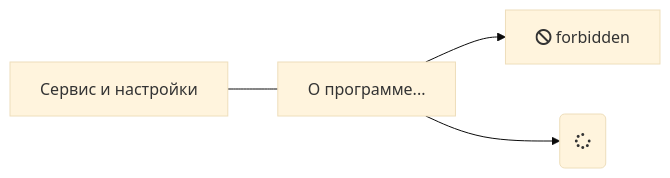
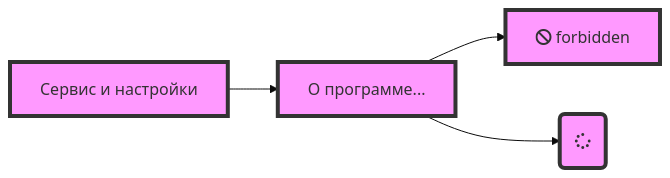
One commit to lugovoe/manual changed the first of 5 diagrams in faq/crash/mermaid.md. Above: the diagram before and after it, drawn with Mermaid (base theme).

````diff
--- a/faq/crash/mermaid.md
+++ b/faq/crash/mermaid.md
@@ -3,6 +3,7 @@
 ```mermaid
 graph LR
-    A[Сервис и настройки] --- B[О программе...]
+    A[Сервис и настройки] --> B[О программе...]
     B-->C[fa:fa-ban forbidden]
     B-->D(fa:fa-spinner);
+    classDef default fill:#f9f,stroke:#333,stroke-width:4px;
 ```
````
